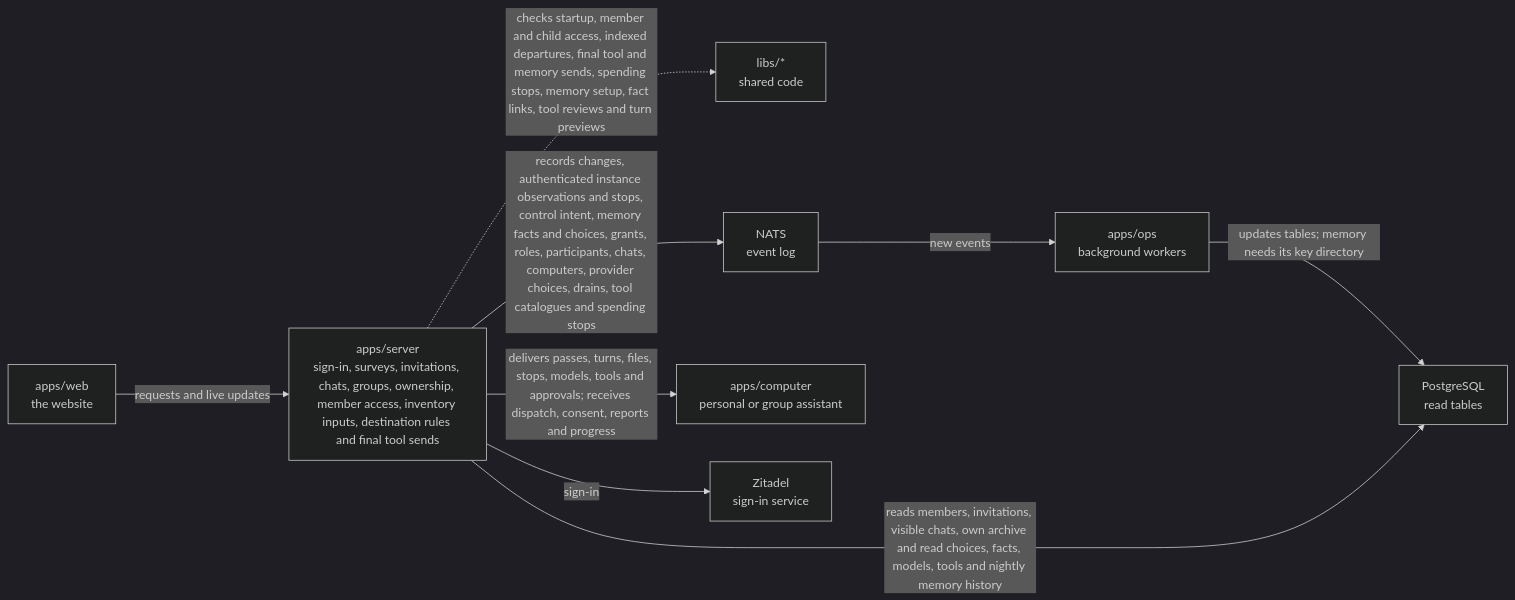
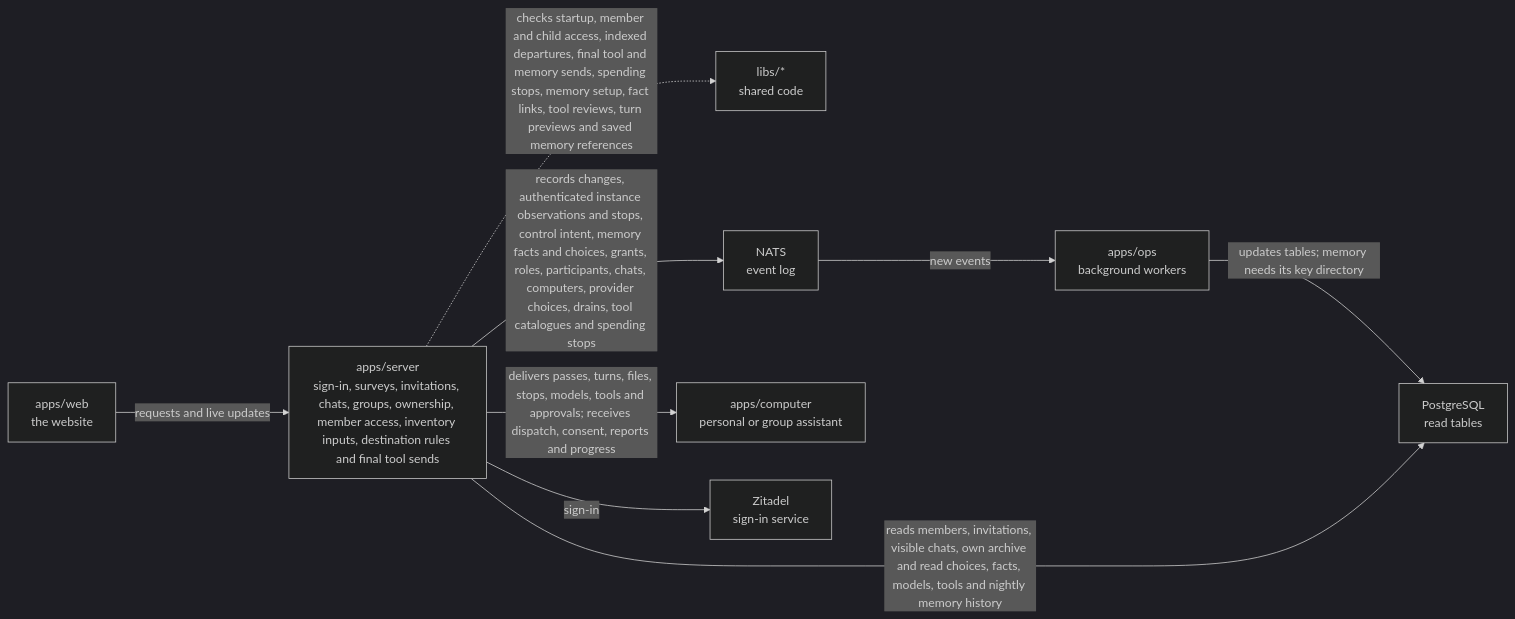
The diagram in apps/server/README.md (elewa-git/opencrane-new), drawn with Mermaid (dark theme) before and after one commit. The commit also changed other lines of this file and 12 other files, not shown here.

Commit message:
🧠 Rebuild private turn memory references from saved records

````diff
--- a/apps/server/README.md
+++ b/apps/server/README.md
@@ -11,11 +11,11 @@
 ```mermaid
 flowchart LR
   web["apps/web<br/>the website"] -->|requests and live updates| server["apps/server<br/>sign-in, surveys, invitations, chats, groups, ownership, member access, inventory inputs, destination rules and final tool sends"]
-  server -.->|checks startup, member and child access, indexed departures, final tool and memory sends, spending stops, memory setup, fact links, tool reviews and turn previews| libs["libs/*<br/>shared code"]
+  server -.->|checks startup, member and child access, indexed departures, final tool and memory sends, spending stops, memory setup, fact links, tool reviews, turn previews and saved memory references| libs["libs/*<br/>shared code"]
   server -->|records changes, authenticated instance observations and stops, control intent, memory facts and choices, grants, roles, participants, chats, computers, provider choices, drains, tool catalogues and spending stops| nats["NATS<br/>event log"]
   nats -->|new events| ops["apps/ops<br/>background workers"]
   ops -->|updates tables; memory needs its key directory| postgres["PostgreSQL<br/>read tables"]
   server -->|reads members, invitations, visible chats, own archive and read choices, facts, models, tools and nightly memory history| postgres
   server -->|delivers passes, turns, files, stops, models, tools and approvals; receives dispatch, consent, reports and progress| computer["apps/computer<br/>personal or group assistant"]
   server -->|sign-in| zitadel["Zitadel<br/>sign-in service"]
 ```
````
